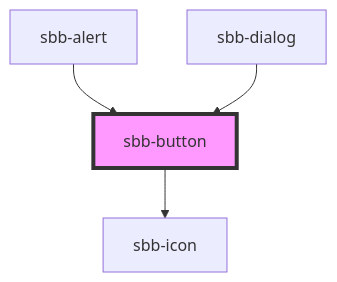
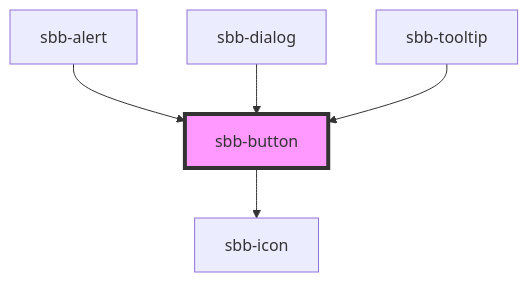
Before and after one commit to sbb-design-systems/lyne-components: the diagram in src/components/sbb-button/readme.md, drawn with Mermaid. The commit also changed other lines of this file and 16 other files, not shown here.

Commit message:
feat(sbb-tooltip): introduce sbb-tooltip component (#1425)

````diff
--- a/src/components/sbb-button/readme.md
+++ b/src/components/sbb-button/readme.md
@@ -89,7 +90,8 @@
 ```mermaid
 graph TD;
   sbb-button --> sbb-icon
   sbb-alert --> sbb-button
   sbb-dialog --> sbb-button
+  sbb-tooltip --> sbb-button
   style sbb-button fill:#f9f,stroke:#333,stroke-width:4px
 ```
````
